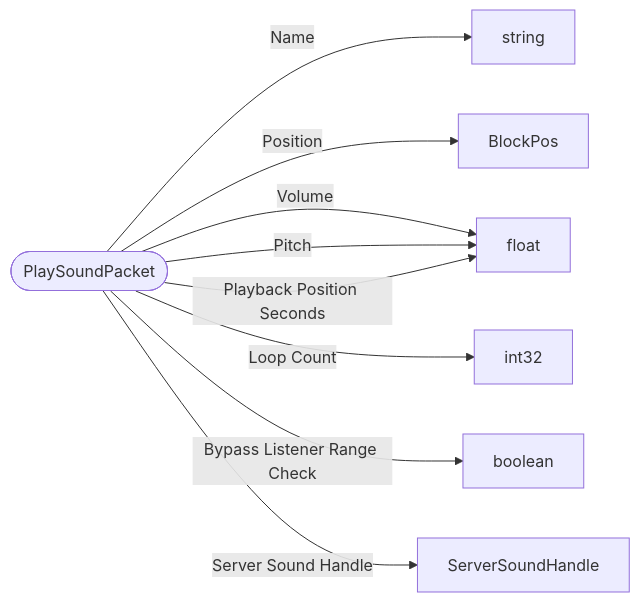
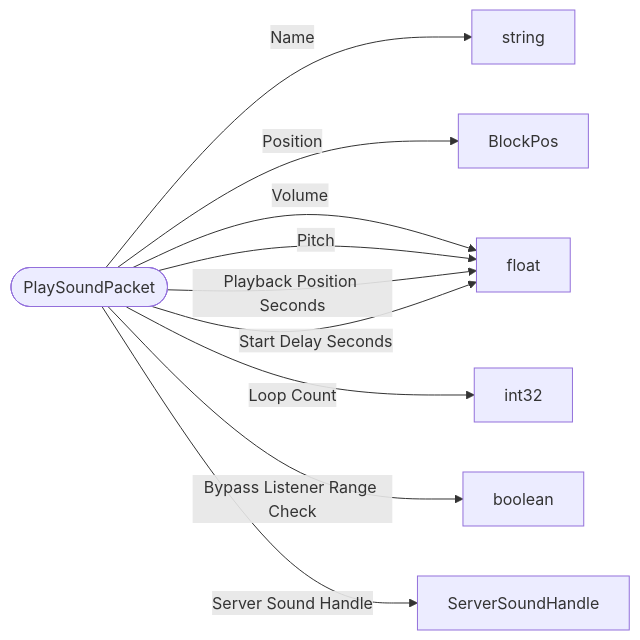
The diagram in schemas/packets/PlaySoundPacket.md (bedrock-v/protocol-docs), drawn with Mermaid before and after one commit. The commit also changed 42 other files, not shown here.

````diff
--- a/schemas/packets/PlaySoundPacket.md
+++ b/schemas/packets/PlaySoundPacket.md
@@ -7,12 +7,13 @@
 ```mermaid
 flowchart LR
   ROOT(["PlaySoundPacket"])
   ROOT -->|"Name"| string["string"]
   ROOT -->|"Position"| BlockPos["BlockPos"]
   ROOT -->|"Volume"| float["float"]
   ROOT -->|"Pitch"| float["float"]
   ROOT -->|"Loop Count"| int32["int32"]
   ROOT -->|"Bypass Listener Range Check"| boolean["boolean"]
   ROOT -->|"Server Sound Handle"| ServerSoundHandle["ServerSoundHandle"]
   ROOT -->|"Playback Position Seconds"| float["float"]
+  ROOT -->|"Start Delay Seconds"| float["float"]
 ```
````
